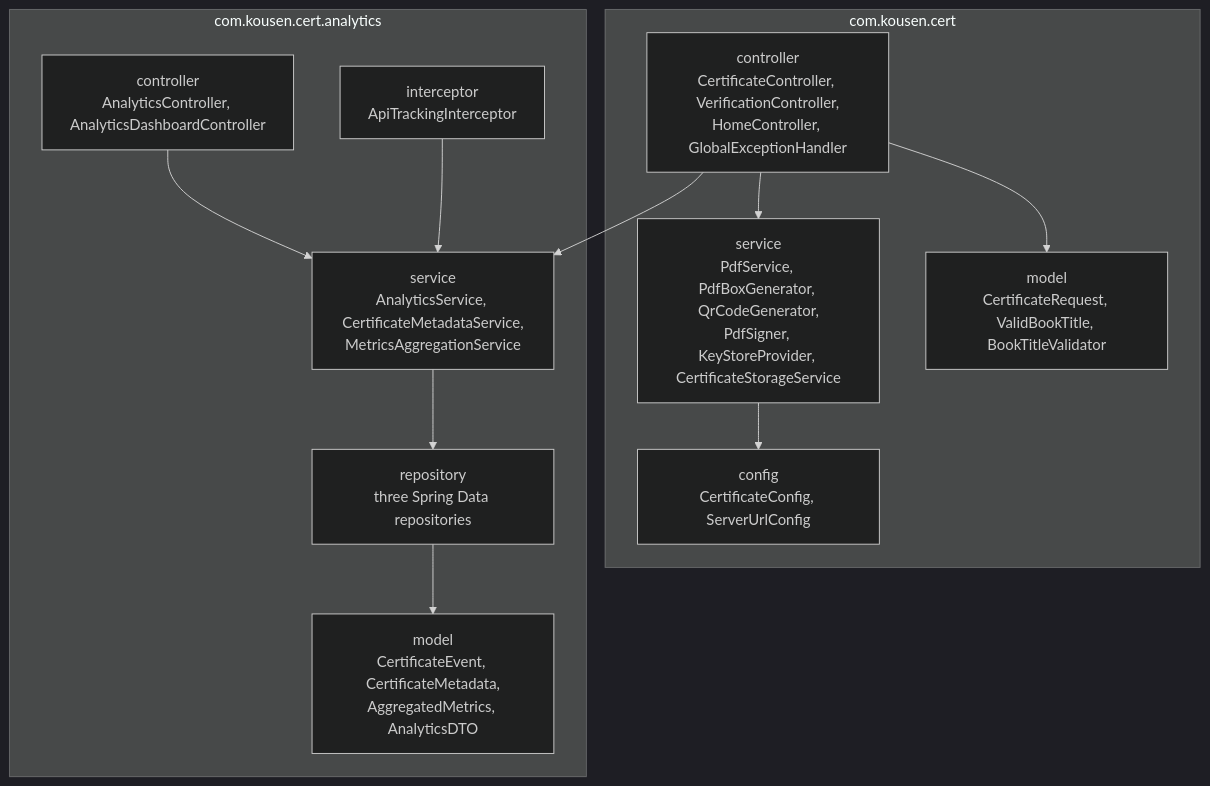
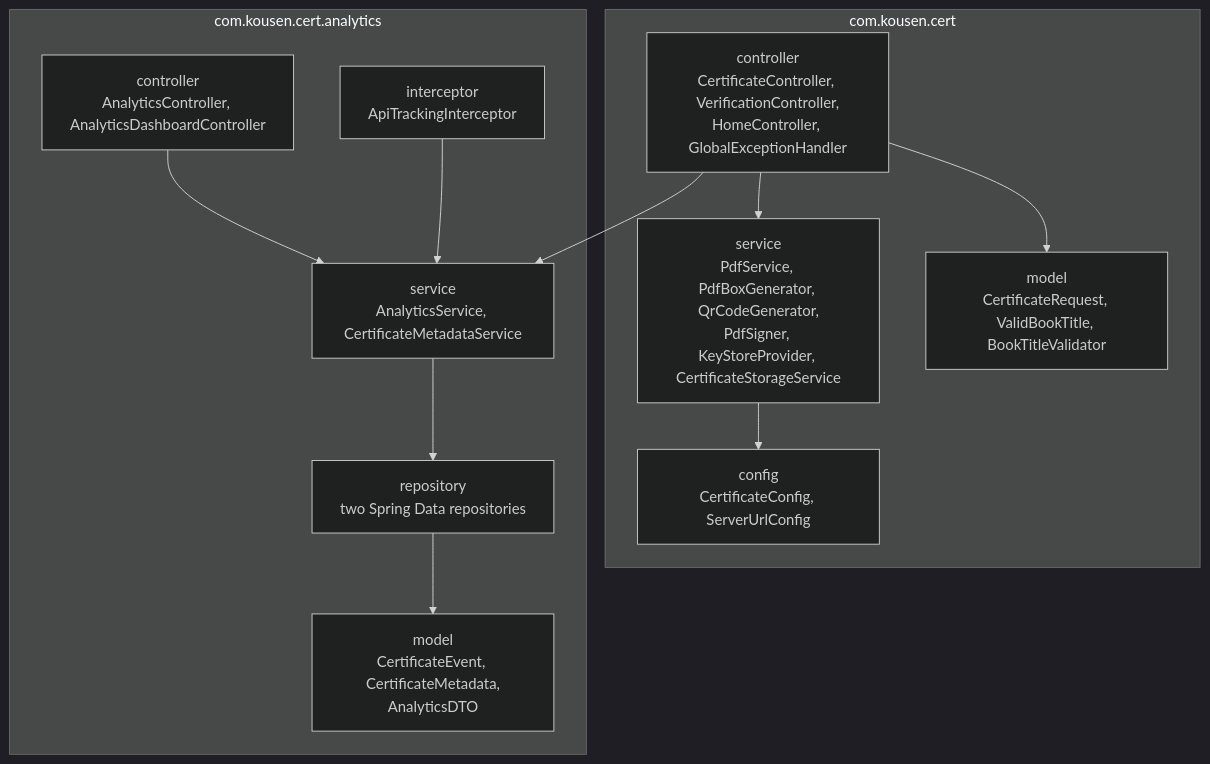
The second of 8 diagrams in exercises/java/certificate-service/ARCHITECTURE.md (kousen/claude-code-training), drawn with Mermaid (dark theme) before and after one commit. The commit also changed other lines of this file and 3 other files, not shown here.

First line of the commit message:
certificate-service: make coverage minimums opt-in; update docs

````diff
--- a/exercises/java/certificate-service/ARCHITECTURE.md
+++ b/exercises/java/certificate-service/ARCHITECTURE.md
@@ -48,26 +48,26 @@
 ```mermaid
 flowchart TD
     subgraph core["com.kousen.cert"]
         controller["controller<br/>CertificateController, VerificationController,<br/>HomeController, GlobalExceptionHandler"]
         service["service<br/>PdfService, PdfBoxGenerator, QrCodeGenerator,<br/>PdfSigner, KeyStoreProvider, CertificateStorageService"]
         model["model<br/>CertificateRequest, ValidBookTitle, BookTitleValidator"]
         config["config<br/>CertificateConfig, ServerUrlConfig"]
     end
 
     subgraph analytics["com.kousen.cert.analytics"]
         acontroller["controller<br/>AnalyticsController, AnalyticsDashboardController"]
         interceptor["interceptor<br/>ApiTrackingInterceptor"]
-        aservice["service<br/>AnalyticsService, CertificateMetadataService,<br/>MetricsAggregationService"]
-        repository["repository<br/>three Spring Data repositories"]
-        amodel["model<br/>CertificateEvent, CertificateMetadata,<br/>AggregatedMetrics, AnalyticsDTO"]
+        aservice["service<br/>AnalyticsService, CertificateMetadataService"]
+        repository["repository<br/>two Spring Data repositories"]
+        amodel["model<br/>CertificateEvent, CertificateMetadata,<br/>AnalyticsDTO"]
     end
 
     controller --> service
     controller --> model
     controller --> aservice
     service --> config
     acontroller --> aservice
     interceptor --> aservice
     aservice --> repository
     repository --> amodel
 ```
````
